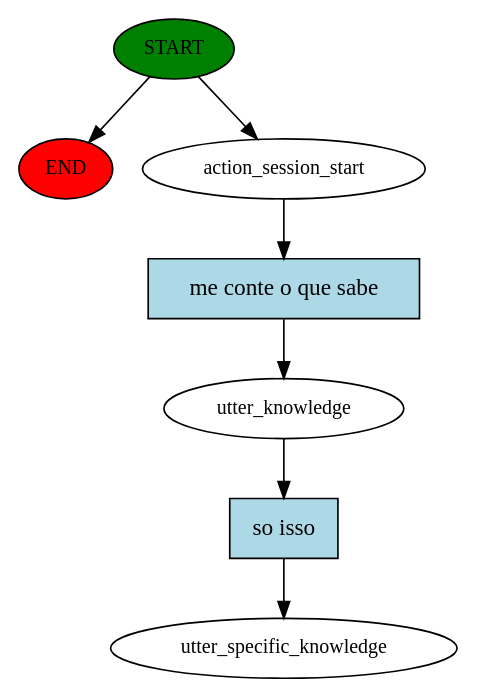
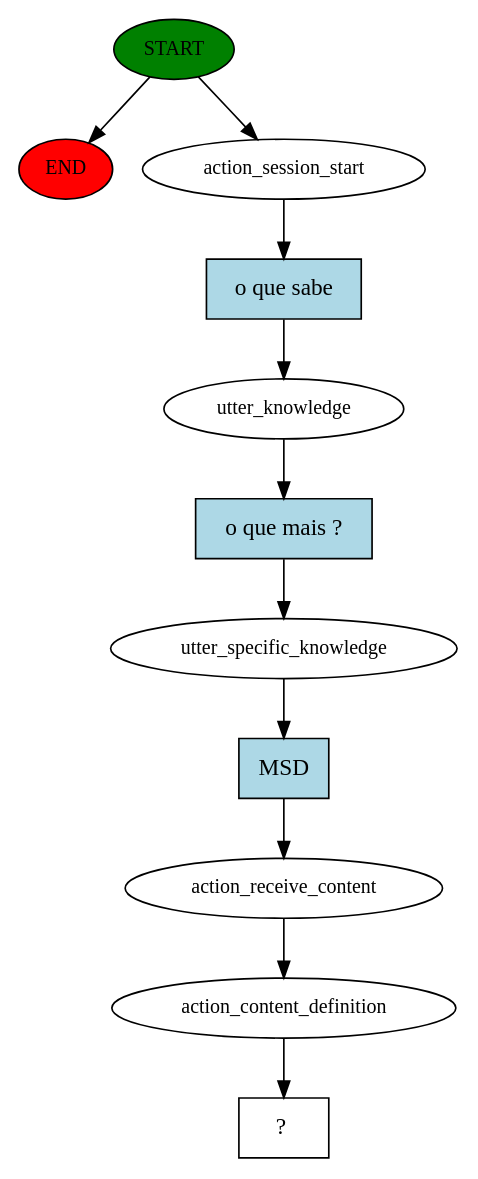
One commit to deeplearningunb/DeepLearningVirtualAssistant-RASA changed the diagram in story_graph.dot. Above: the diagram before and after it, drawn with Graphviz. The commit also changed 20 other files, not shown here.

Commit message:
Adicionando condicional ao ActionContent :construction:

```diff
--- a/story_graph.dot
+++ b/story_graph.dot
@@ -1,15 +1,23 @@
 digraph  {
 0 [class="start active", fillcolor=green, fontsize=12, label=START, style=filled];
 "-1" [class=end, fillcolor=red, fontsize=12, label=END, style=filled];
 1 [class=active, fontsize=12, label=action_session_start];
 2 [class=active, fontsize=12, label=utter_knowledge];
-3 [class="dashed active", fontsize=12, label=utter_specific_knowledge];
-4 [class="intent active", fillcolor=lightblue, label="me conte o que sabe", shape=rect, style=filled];
-5 [class="intent active", fillcolor=lightblue, label="so isso", shape=rect, style=filled];
+3 [class=active, fontsize=12, label=utter_specific_knowledge];
+4 [class=active, fontsize=12, label=action_receive_content];
+5 [class=active, fontsize=12, label=action_content_definition];
+6 [class="intent dashed active", label="  ?  ", shape=rect];
+7 [class="intent active", fillcolor=lightblue, label="o que sabe", shape=rect, style=filled];
+8 [class="intent active", fillcolor=lightblue, label="o que mais ?", shape=rect, style=filled];
+9 [class="intent active", fillcolor=lightblue, label=MSD, shape=rect, style=filled];
 0 -> "-1"  [class="", key=NONE, label=""];
 0 -> 1  [class=active, key=NONE, label=""];
-1 -> 4  [class=active, key=0];
-2 -> 5  [class=active, key=0];
-4 -> 2  [class=active, key=0];
-5 -> 3  [class=active, key=0];
+1 -> 7  [class=active, key=0];
+2 -> 8  [class=active, key=0];
+3 -> 9  [class=active, key=0];
+4 -> 5  [class=active, key=NONE, label=""];
+5 -> 6  [class=active, key=NONE, label=""];
+7 -> 2  [class=active, key=0];
+8 -> 3  [class=active, key=0];
+9 -> 4  [class=active, key=0];
 }
```
